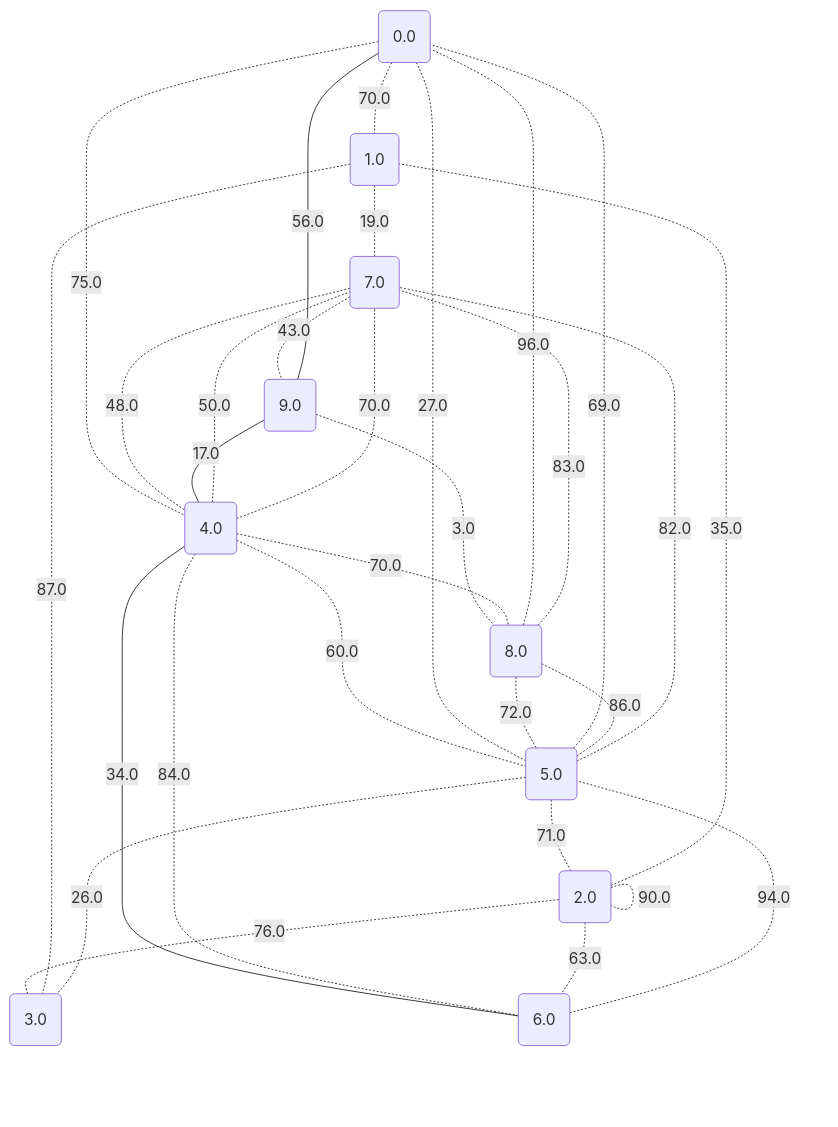
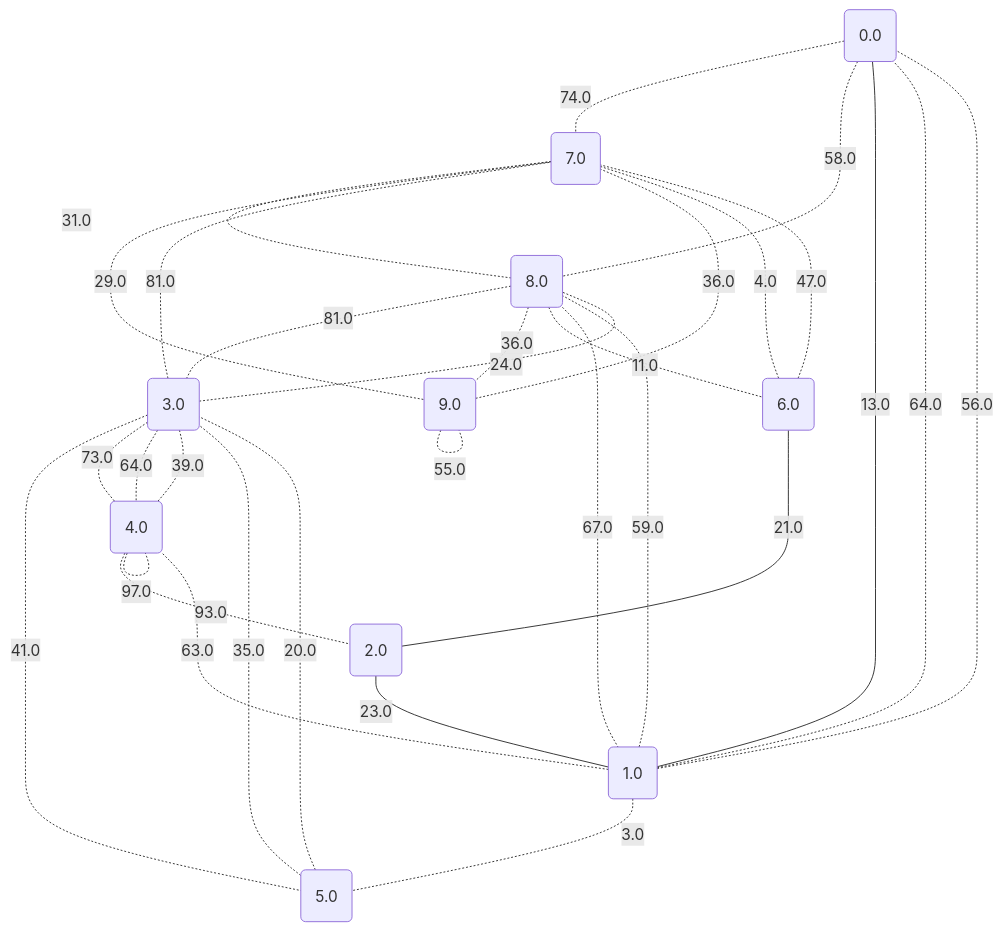
One commit to metury/graphs changed the eighth of 11 diagrams in project/src/testing/showcase/dijkstra.md. Above: the diagram before and after it, drawn with Mermaid. The commit also changed other lines of this file and 33 other files, not shown here.

````diff
--- a/project/src/testing/showcase/dijkstra.md
+++ b/project/src/testing/showcase/dijkstra.md
@@ -329,43 +329,43 @@
 ```mermaid
 graph TD;
 	0("0.0");
 	1("1.0");
 	2("2.0");
 	3("3.0");
 	4("4.0");
 	5("5.0");
 	6("6.0");
 	7("7.0");
 	8("8.0");
 	9("9.0");
-	6 -. "94.0" -.- 5;
-	4 -- "34.0" --- 6;
-	2 -. "76.0" -.- 3;
-	4 -. "84.0" -.- 6;
-	4 -. "50.0" -.- 7;
-	7 -. "43.0" -.- 9;
-	4 -. "60.0" -.- 5;
-	0 -. "70.0" -.- 1;
-	0 -. "75.0" -.- 4;
-	5 -. "71.0" -.- 2;
-	2 -. "25.0" -.- 2;
-	1 -. "87.0" -.- 3;
-	2 -. "35.0" -.- 1;
-	9 -. "3.0" -.- 8;
-	8 -. "96.0" -.- 0;
-	4 -. "70.0" -.- 7;
-	2 -. "63.0" -.- 6;
-	8 -. "83.0" -.- 7;
-	5 -. "26.0" -.- 3;
-	7 -. "48.0" -.- 4;
-	1 -. "19.0" -.- 7;
-	0 -. "27.0" -.- 5;
-	8 -. "72.0" -.- 5;
-	9 -- "56.0" --- 0;
-	5 -. "69.0" -.- 0;
-	9 -- "17.0" --- 4;
-	4 -. "70.0" -.- 8;
-	2 -. "90.0" -.- 2;
-	5 -. "86.0" -.- 8;
-	5 -. "82.0" -.- 7;
+	9 -. "55.0" -.- 9;
+	8 -. "81.0" -.- 3;
+	3 -. "81.0" -.- 7;
+	1 -. "3.0" -.- 5;
+	1 -- "13.0" --- 0;
+	3 -. "41.0" -.- 5;
+	0 -. "74.0" -.- 7;
+	5 -. "35.0" -.- 3;
+	3 -. "73.0" -.- 4;
+	3 -. "64.0" -.- 4;
+	7 -. "31.0" -.- 8;
+	7 -. "29.0" -.- 9;
+	6 -. "4.0" -.- 7;
+	8 -. "36.0" -.- 9;
+	3 -. "39.0" -.- 4;
+	6 -- "21.0" --- 2;
+	9 -. "36.0" -.- 7;
+	2 -- "23.0" --- 1;
+	3 -. "24.0" -.- 8;
+	4 -. "97.0" -.- 4;
+	1 -. "63.0" -.- 4;
+	1 -. "64.0" -.- 0;
+	4 -. "93.0" -.- 2;
+	1 -. "56.0" -.- 0;
+	0 -. "58.0" -.- 8;
+	8 -. "11.0" -.- 6;
+	1 -. "59.0" -.- 8;
+	5 -. "20.0" -.- 3;
+	6 -. "47.0" -.- 7;
+	8 -. "67.0" -.- 1;
 ```
````
